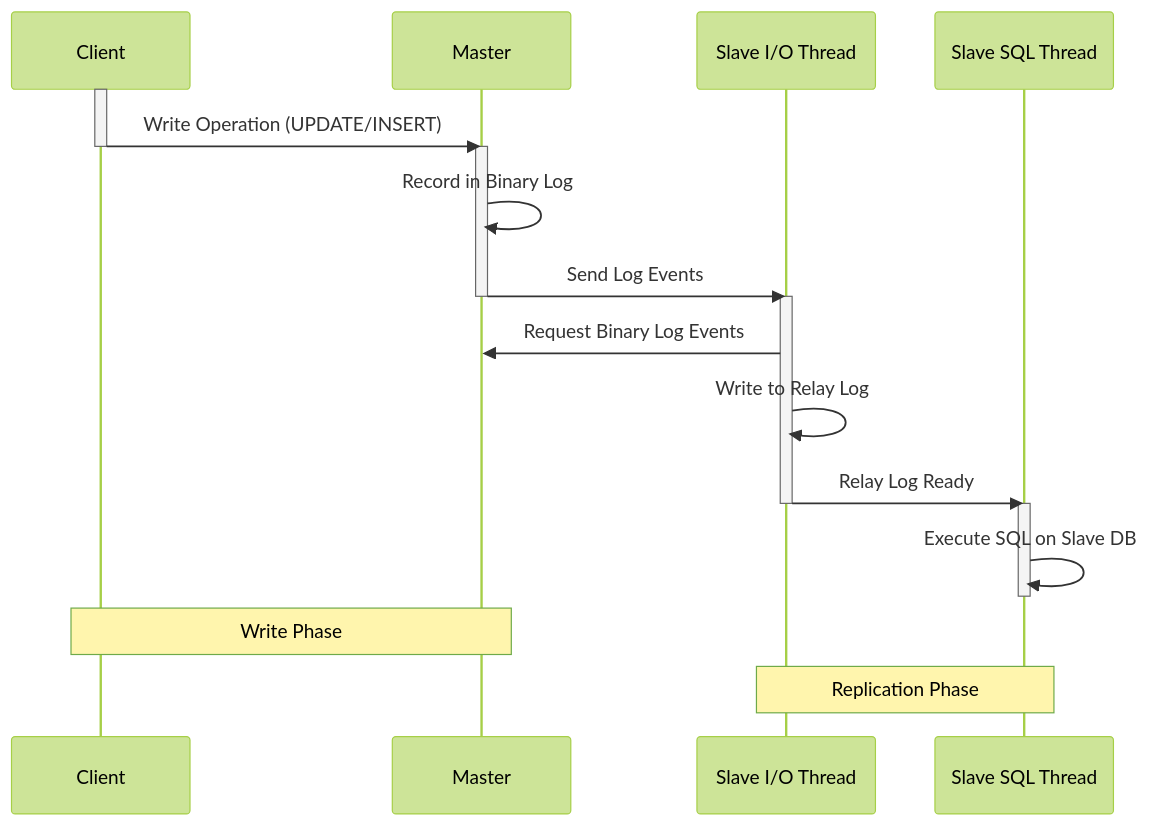
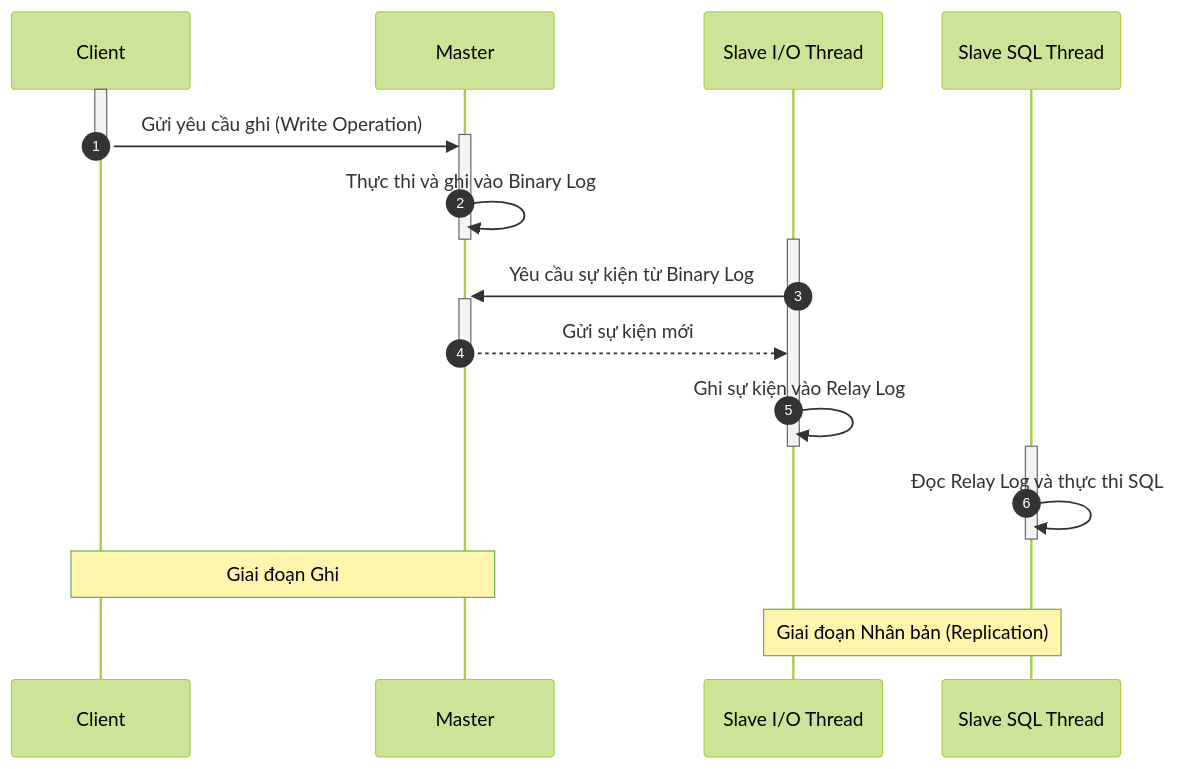
The second of 8 diagrams in master_slave.md (ngockhanhvd2812/DBA), drawn with Mermaid (forest theme) before and after one commit. The commit also changed other lines of this file, not shown here.

````diff
--- a/master_slave.md
+++ b/master_slave.md
@@ -61,30 +92,30 @@
 ```mermaid
 sequenceDiagram
     participant Client
     participant Master
     participant Slave_IO as Slave I/O Thread
     participant Slave_SQL as Slave SQL Thread
     
+    autonumber
+
     activate Client
-    Client->>Master: Write Operation (UPDATE/INSERT)
+    Client->>+Master: Gửi yêu cầu ghi (Write Operation)
     deactivate Client
     
-    activate Master
-    Master->>Master: Record in Binary Log
-    Master->>Slave_IO: Send Log Events
+    Master->>Master: Thực thi và ghi vào Binary Log
     deactivate Master
     
     activate Slave_IO
-    Slave_IO->>Master: Request Binary Log Events
-    Slave_IO->>Slave_IO: Write to Relay Log
-    Slave_IO->>Slave_SQL: Relay Log Ready
+    Slave_IO->>+Master: Yêu cầu sự kiện từ Binary Log
+    Master-->>-Slave_IO: Gửi sự kiện mới
+    
+    Slave_IO->>Slave_IO: Ghi sự kiện vào Relay Log
     deactivate Slave_IO
     
     activate Slave_SQL
-    Slave_SQL->>Slave_SQL: Execute SQL on Slave DB
+    Slave_SQL->>Slave_SQL: Đọc Relay Log và thực thi SQL
     deactivate Slave_SQL
     
-    note over Client,Master: Write Phase
-    note over Slave_IO,Slave_SQL: Replication Phase
-
+    note over Client,Master: Giai đoạn Ghi
+    note over Slave_IO,Slave_SQL: Giai đoạn Nhân bản (Replication)
 ```
````
